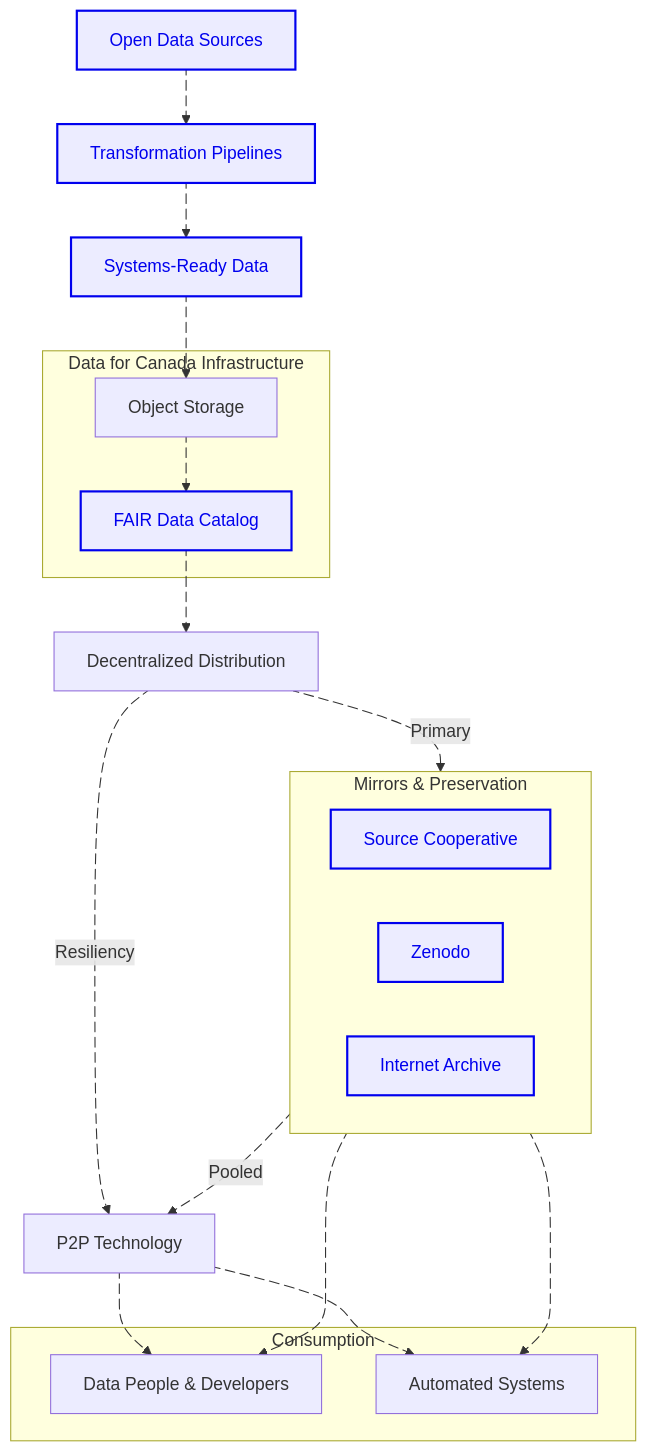
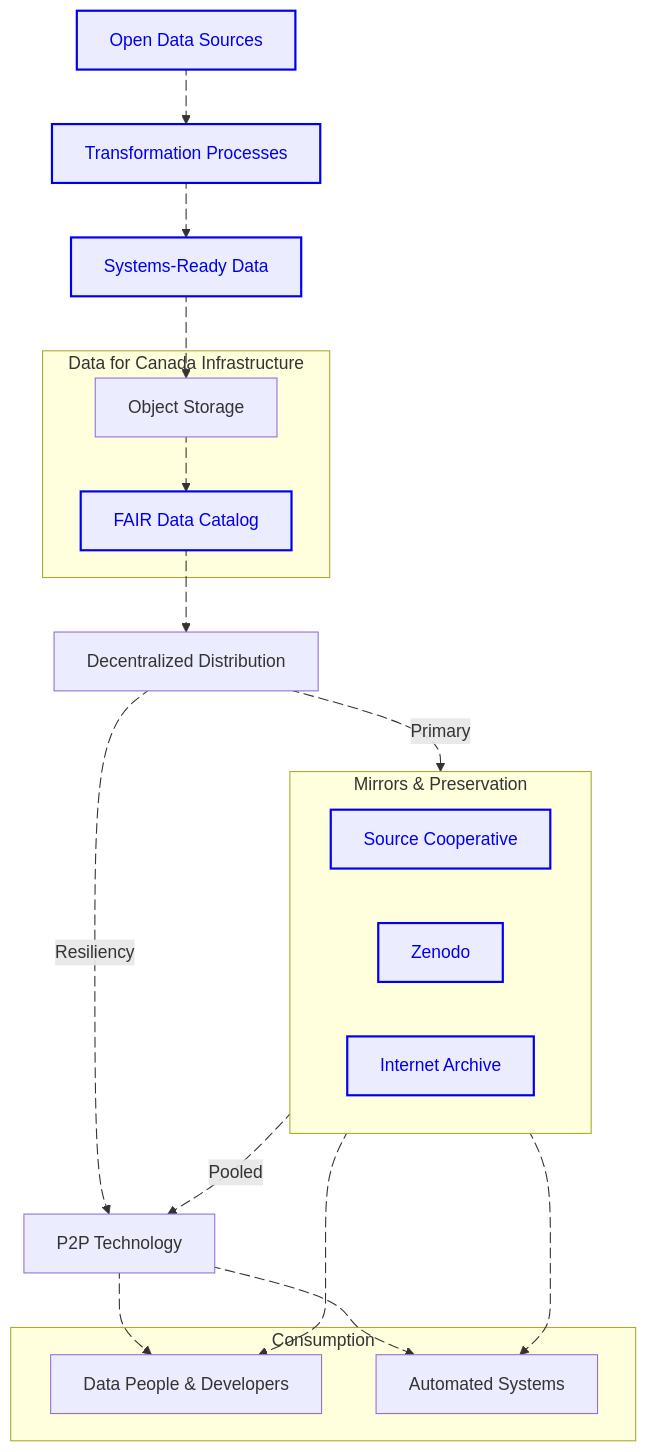
One commit to dataforcanada/decentralized-distribution-labs changed the first of 3 diagrams in README.md. Above: the diagram before and after it, drawn with Mermaid.

````diff
--- a/README.md
+++ b/README.md
@@ -3,78 +3,78 @@
 ```mermaid
 flowchart TD
     classDef linkNode stroke:#0000EE,color:#0000EE,stroke-width:2px;
     subgraph mirrors [Mirrors & Preservation]
         SourceCoop[Source Cooperative]
         Zenodo[Zenodo]
         InternetArchive[Internet Archive]
     end
 
     Sources[Open Data Sources]
-    Processes[Transformation Pipelines]
+    Processes[Transformation Processes]
     Artifacts[Systems-Ready Data]
     
     subgraph CoreInfra [Data for Canada Infrastructure]
         Portal[Object Storage]
         Metadata[FAIR Data Catalog]
     end
     
     Distribution[Decentralized Distribution]
     Torrent["P2P Technology"]
     
     subgraph Consumers [Consumption]
         Users[Data People & Developers]
         Systems[Automated Systems]
     end
 
     %% Flow with Animations
     Sources a1@--> Processes
     a1@{animate: true, animation: slow}
     
     Processes a2@--> Artifacts
     a2@{animate: true, animation: slow}
     
     Artifacts a3@--> Portal
     a3@{animate: true, animation: slow}
     
     Portal a4@--> Metadata
     a4@{animate: true, animation: fast}
     
     Metadata a5@--> Distribution
     a5@{animate: true, animation: fast}
 
     %% Distribution Logic
     Distribution a7@-.->|Primary| mirrors
     a7@{animate: true, animation: slow}
     
     Distribution a8@-.->|Resiliency| Torrent
     a8@{animate: true, animation: slow}
 
     %% Mirror Connections
     mirrors a12@--> Users
     a12@{animate: true, animation: slow}
     
     mirrors a13@--> Systems
     a13@{animate: true, animation: slow}
     
     mirrors a9@-.->|Pooled| Torrent
     a9@{animate: true, animation: fast}
 
     %% Torrent Connections
     Torrent a10@--> Users
     a10@{animate: true, animation: fast}
     
     Torrent a11@--> Systems
     a11@{animate: true, animation: fast}
 
     %% Click Actions
     click Sources "https://www.dataforcanada.org/#high-level-overview" _blank
     click Processes "https://www.dataforcanada.org/docs/processes/" _blank
     click Artifacts "https://www.dataforcanada.org/docs/getting_started/" _blank
     click Metadata "https://stac-utils.github.io/stac-geoparquet/latest/spec/stac-geoparquet-spec/" _blank
     click Zenodo "https://zenodo.org/communities/dataforcanada/" _blank
     click SourceCoop "https://source.coop/dataforcanada/" _blank
     click InternetArchive "https://archive.org/details/@diegoripley/uploads/" _blank
 
     %% APPLY STYLES TO LINKED NODES
     class Sources,Processes,Artifacts,Metadata,SourceCoop,Zenodo,InternetArchive linkNode
 ```
````
